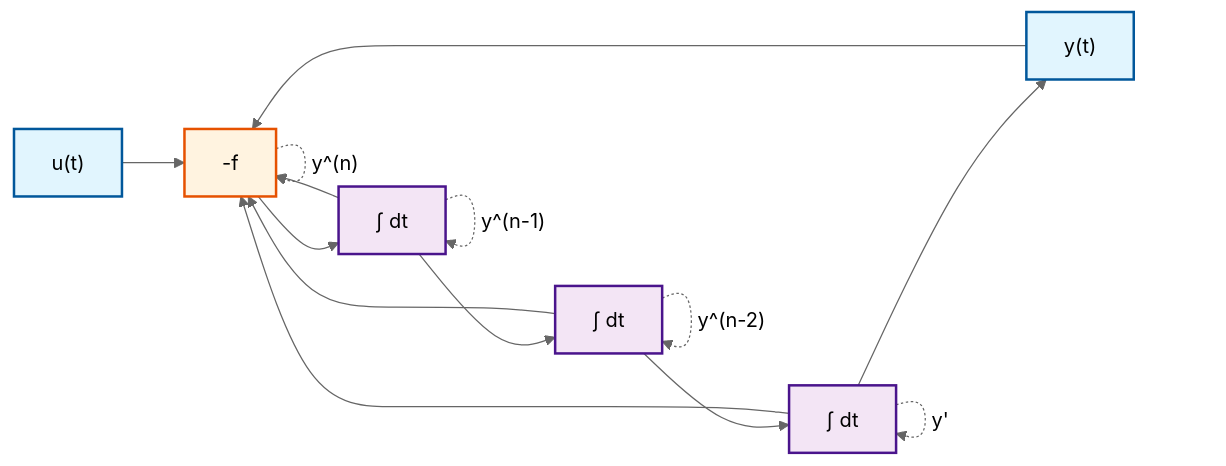
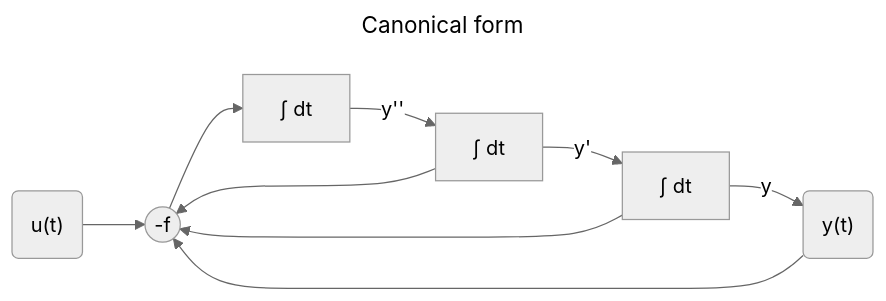
The first of 7 diagrams in SIMULATIONS.md (samo4/cheatsheet), drawn with Mermaid (neutral theme) before and after one commit. The commit also changed other lines of this file, not shown here.

````diff
--- a/SIMULATIONS.md
+++ b/SIMULATIONS.md
@@ -13,29 +14,14 @@
 ```mermaid
+---
+title: Canonical form
+---
 graph LR
-    U["u(t)"] --> F["-f"]
+    U("u(t)") --> F(("-f"))
     F --> I1["∫ dt"]
-    I1 --> I2["∫ dt"]
-    I2 --> I3["∫ dt"]
-    I3 --> Y["y(t)"]
-
-    %% Labels for derivatives
-    F -.-> |"y^(n)"| F
-    I1 -.-> |"y^(n-1)"| I1
-    I2 -.-> |"y^(n-2)"| I2
-    I3 -.-> |"y'"| I3
-
-    %% Feedback loops
-    I1 --> F
+    I1 -->|"y''"| I2["∫ dt"]
+    I2 -->|"y'"| I3["∫ dt"]
+    I3 -->|"y"| Y("y(t)")
     I2 --> F
     I3 --> F
     Y --> F
-
-    %% Styling
-    classDef inputOutput fill:#e1f5fe,stroke:#01579b,stroke-width:2px
-    classDef integrator fill:#f3e5f5,stroke:#4a148c,stroke-width:2px
-    classDef function fill:#fff3e0,stroke:#e65100,stroke-width:2px
-
-    class U,Y inputOutput
-    class I1,I2,I3 integrator
-    class F function
 ```
````
